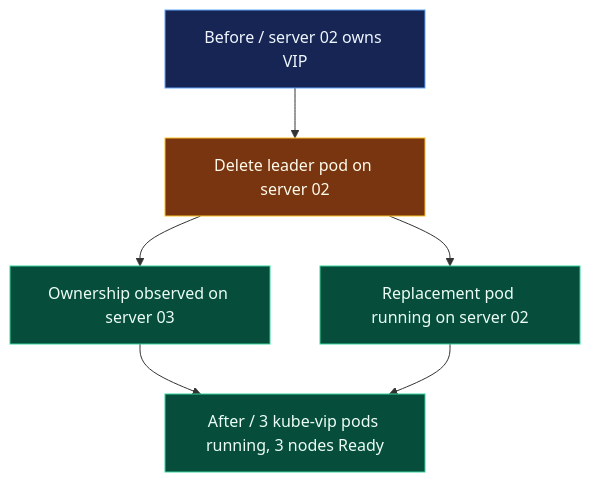
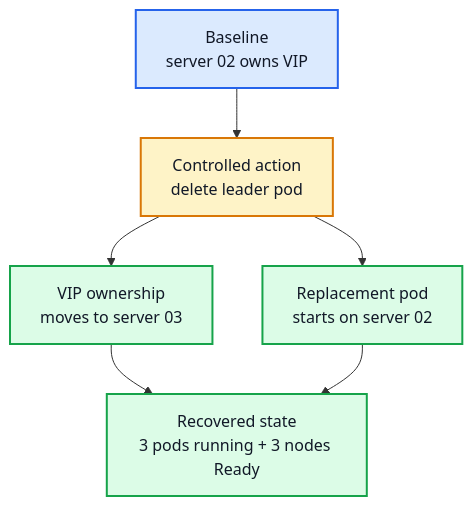
Before and after one commit to Capasiter/homelab-portfolio: the second of 2 diagrams in README.md, drawn with Mermaid. The commit also changed other lines of this file and 3 other files, not shown here.

First line of the commit message:
docs: unify and refine infrastructure diagrams (#36)

````diff
--- a/README.md
+++ b/README.md
@@ -119,14 +127,22 @@
 ```mermaid
 flowchart TD
-    Before["Before / server 02 owns VIP"] --> Delete["Delete leader pod on server 02"]
-    Delete --> Move["Ownership observed on server 03"]
-    Delete --> Replace["Replacement pod running on server 02"]
-    Move --> After["After / 3 kube-vip pods running, 3 nodes Ready"]
-    Replace --> After
-    classDef initial fill:#172554,stroke:#60a5fa,color:#eff6ff
-    classDef action fill:#78350f,stroke:#fbbf24,color:#fffbeb
-    classDef healthy fill:#064e3b,stroke:#34d399,color:#ecfdf5
+    Before["Baseline<br/>server 02 owns VIP"]
+    Action["Controlled action<br/>delete leader pod"]
+    Move["VIP ownership<br/>moves to server 03"]
+    Replace["Replacement pod<br/>starts on server 02"]
+    Healthy["Recovered state<br/>3 pods running + 3 nodes Ready"]
+
+    Before --> Action
+    Action --> Move
+    Action --> Replace
+    Move --> Healthy
+    Replace --> Healthy
+
+    classDef initial fill:#DBEAFE,stroke:#2563EB,color:#111827,stroke-width:2px,font-size:16px
+    classDef action fill:#FEF3C7,stroke:#D97706,color:#111827,stroke-width:2px,font-size:16px
+    classDef healthy fill:#DCFCE7,stroke:#16A34A,color:#111827,stroke-width:2px,font-size:16px
+
     class Before initial
-    class Delete action
-    class Move,Replace,After healthy
+    class Action action
+    class Move,Replace,Healthy healthy
 ```
````
